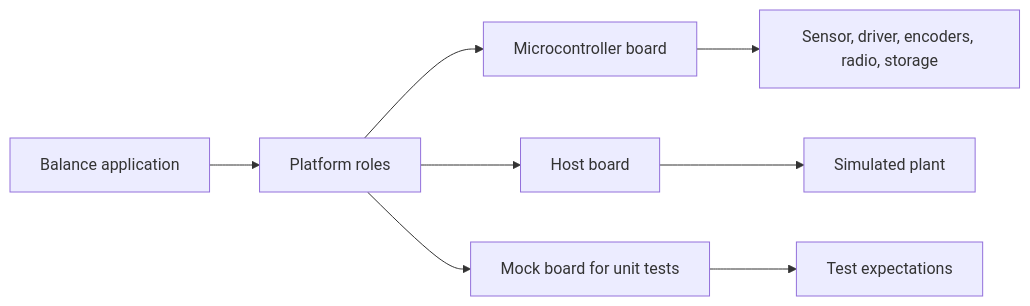
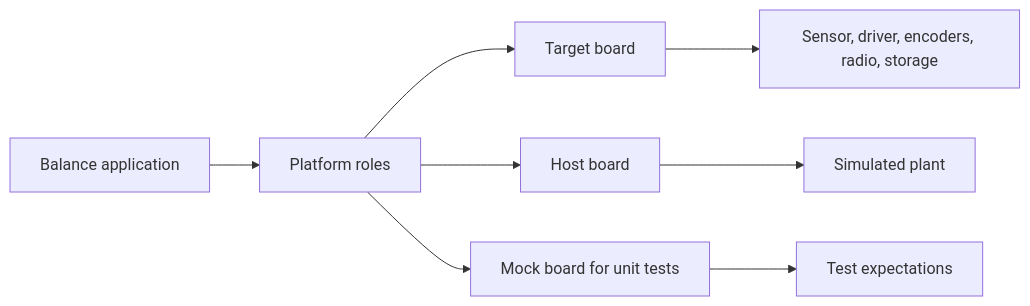
The fourth of 4 diagrams in documentation/design/platform-abstraction.md (embedded-pro/e-inverted-pendulum), drawn with Mermaid before and after one commit. The commit also changed other lines of this file and 20 other files, not shown here.

First line of the commit message:
docs: apply kit documentation rules to design, theory and architecture (#75)

````diff
--- a/documentation/design/platform-abstraction.md
+++ b/documentation/design/platform-abstraction.md
@@ -300,10 +278,10 @@
 ```mermaid
 graph LR
     APP[Balance application] --> ROLES[Platform roles]
-    ROLES --> TARGET[Microcontroller board]
+    ROLES --> TARGET[Target board]
     ROLES --> HOST[Host board]
     ROLES --> MOCK[Mock board for unit tests]
     TARGET --> HW[Sensor, driver, encoders, radio, storage]
     HOST --> SIM[Simulated plant]
     MOCK --> EXP[Test expectations]
 ```
````
